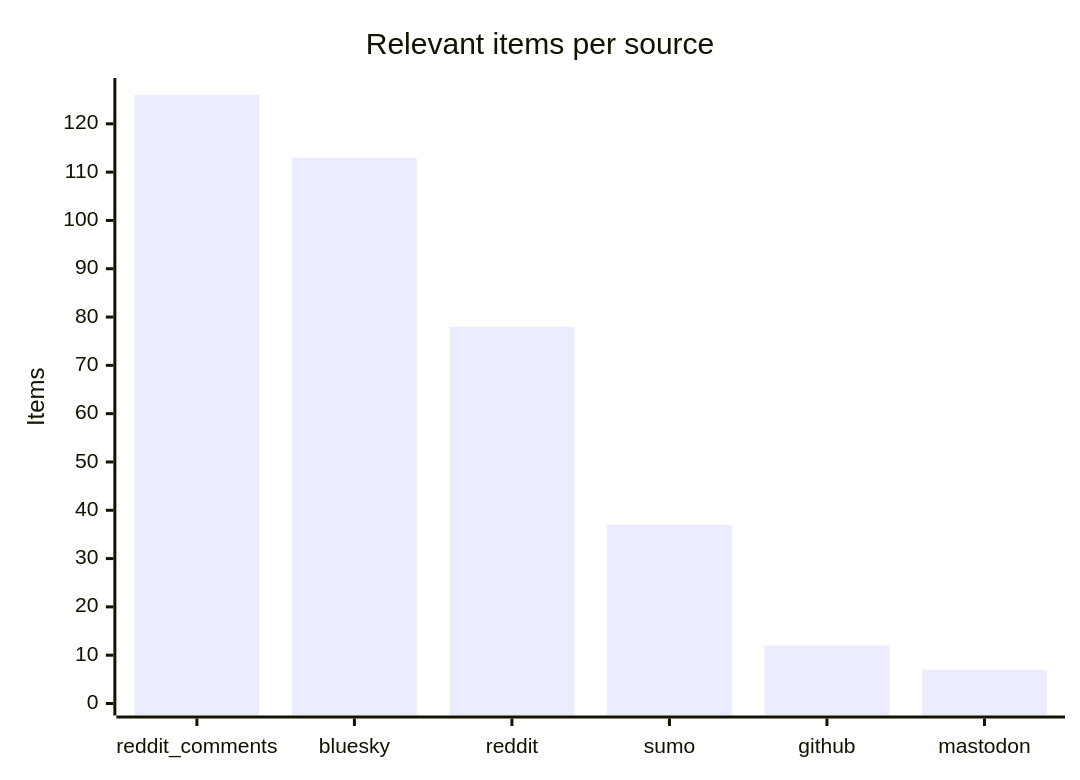
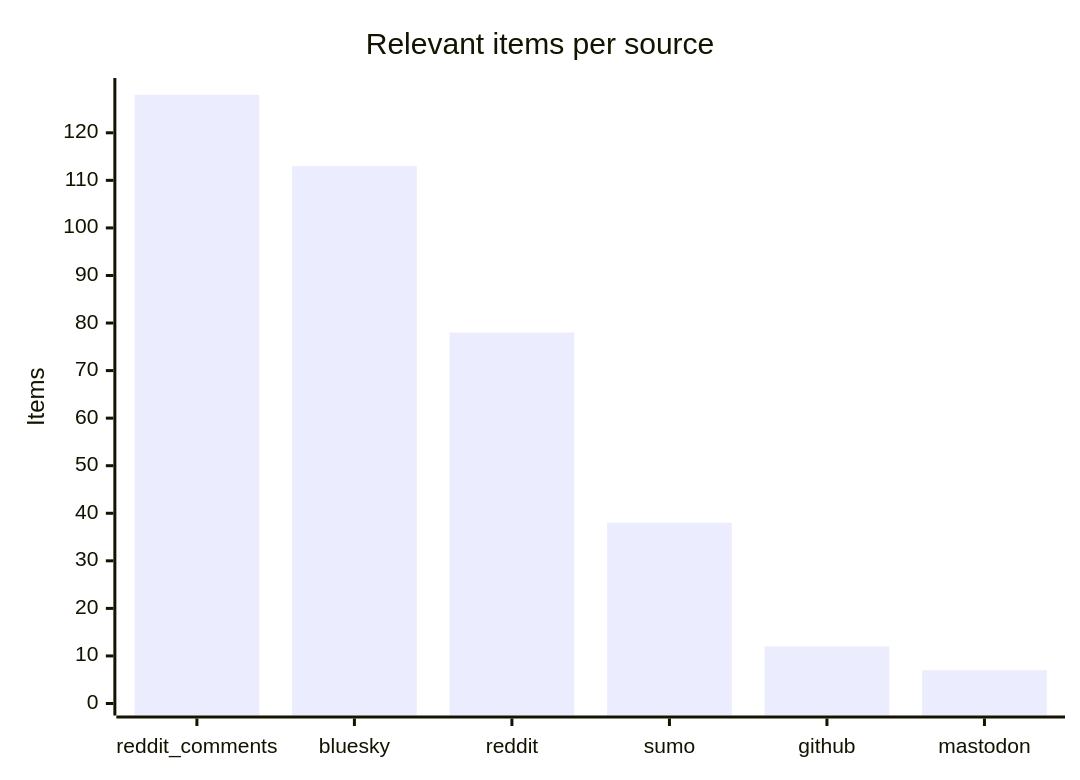
Before and after one commit to martinbalfanz/social-scanner-reports: the third of 4 diagrams in README.md, drawn with Mermaid. The commit also changed other lines of this file and 6 other files, not shown here.

````diff
--- a/README.md
+++ b/README.md
@@ -48,7 +48,7 @@
 ```mermaid
 xychart-beta
     title "Relevant items per source"
     x-axis ["reddit_comments", "bluesky", "reddit", "sumo", "github", "mastodon"]
-    y-axis "Items" 0 --> 127
-    bar [126, 113, 78, 37, 12, 7]
+    y-axis "Items" 0 --> 129
+    bar [128, 113, 78, 38, 12, 7]
 ```
````
